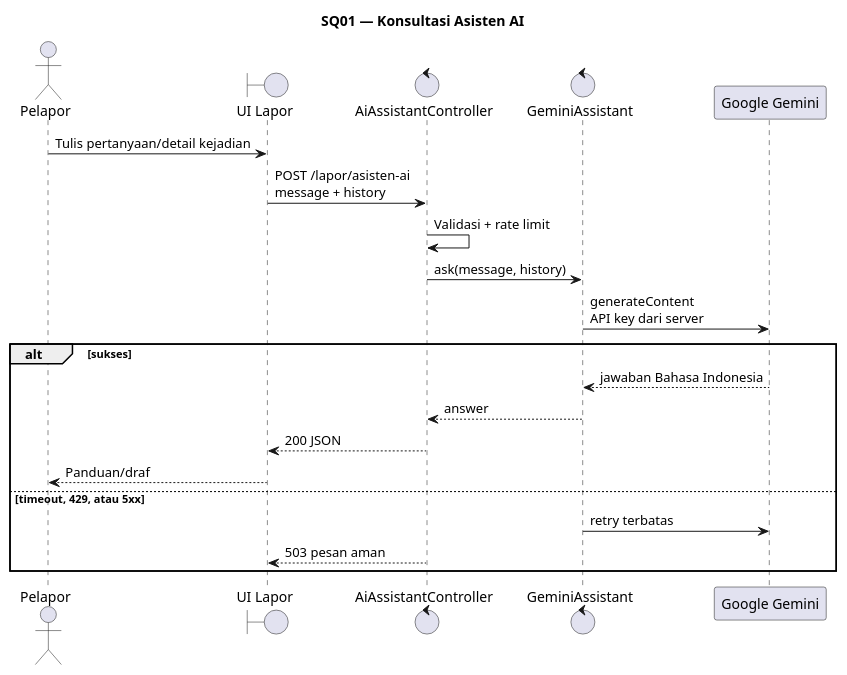
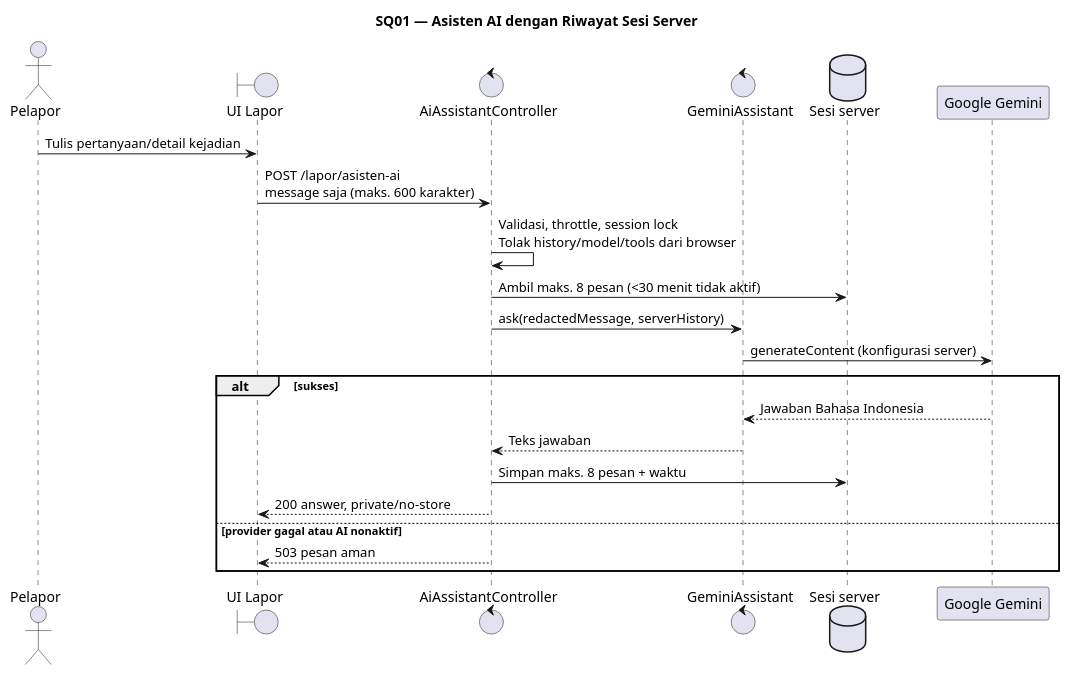
Before and after one commit to Samuel-smr/Satpolpp: the first of 3 diagrams in docs/SIPRAJA-sequence.puml, drawn with PlantUML. The commit also changed other lines of this file and 17 other files, not shown here.

Commit message:
Perbarui dokumentasi dan diagram SIPRAJA sesuai sistem terkini

```diff
--- a/docs/SIPRAJA-sequence.puml
+++ b/docs/SIPRAJA-sequence.puml
@@ -1,23 +1,23 @@
 @startuml
-title SQ01 — Konsultasi Asisten AI
+title SQ01 — Asisten AI dengan Riwayat Sesi Server
 actor Pelapor
 boundary "UI Lapor" as UI
 control AiAssistantController as AIC
 control GeminiAssistant as GA
+database "Sesi server" as Session
 participant "Google Gemini" as Gemini
-
 Pelapor -> UI : Tulis pertanyaan/detail kejadian
-UI -> AIC : POST /lapor/asisten-ai\nmessage + history
-AIC -> AIC : Validasi + rate limit
-AIC -> GA : ask(message, history)
-GA -> Gemini : generateContent\nAPI key dari server
+UI -> AIC : POST /lapor/asisten-ai\nmessage saja (maks. 600 karakter)
+AIC -> AIC : Validasi, throttle, session lock\nTolak history/model/tools dari browser
+AIC -> Session : Ambil maks. 8 pesan (<30 menit tidak aktif)
+AIC -> GA : ask(redactedMessage, serverHistory)
+GA -> Gemini : generateContent (konfigurasi server)
 alt sukses
-  Gemini --> GA : jawaban Bahasa Indonesia
-  GA --> AIC : answer
-  AIC --> UI : 200 JSON
-  UI --> Pelapor : Panduan/draf
-else timeout, 429, atau 5xx
-  GA -> Gemini : retry terbatas
+  Gemini --> GA : Jawaban Bahasa Indonesia
+  GA --> AIC : Teks jawaban
+  AIC -> Session : Simpan maks. 8 pesan + waktu
+  AIC --> UI : 200 answer, private/no-store
+else provider gagal atau AI nonaktif
   AIC --> UI : 503 pesan aman
 end
 @enduml
```
